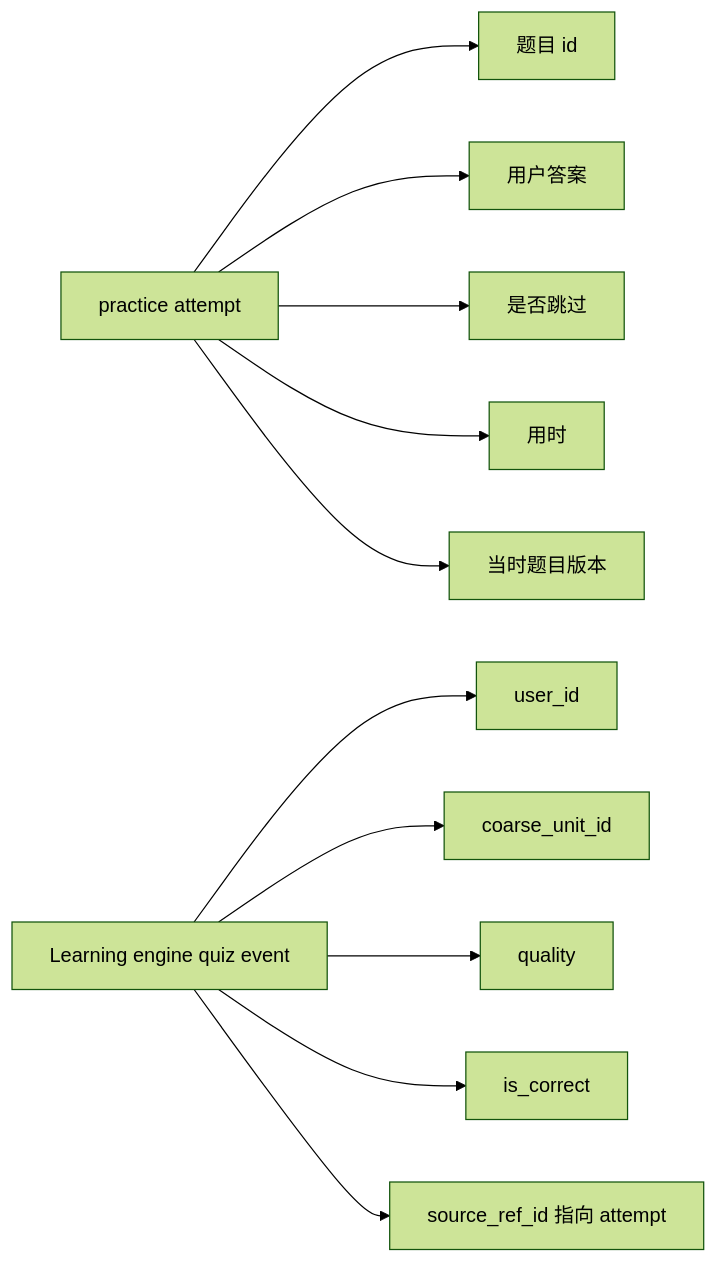
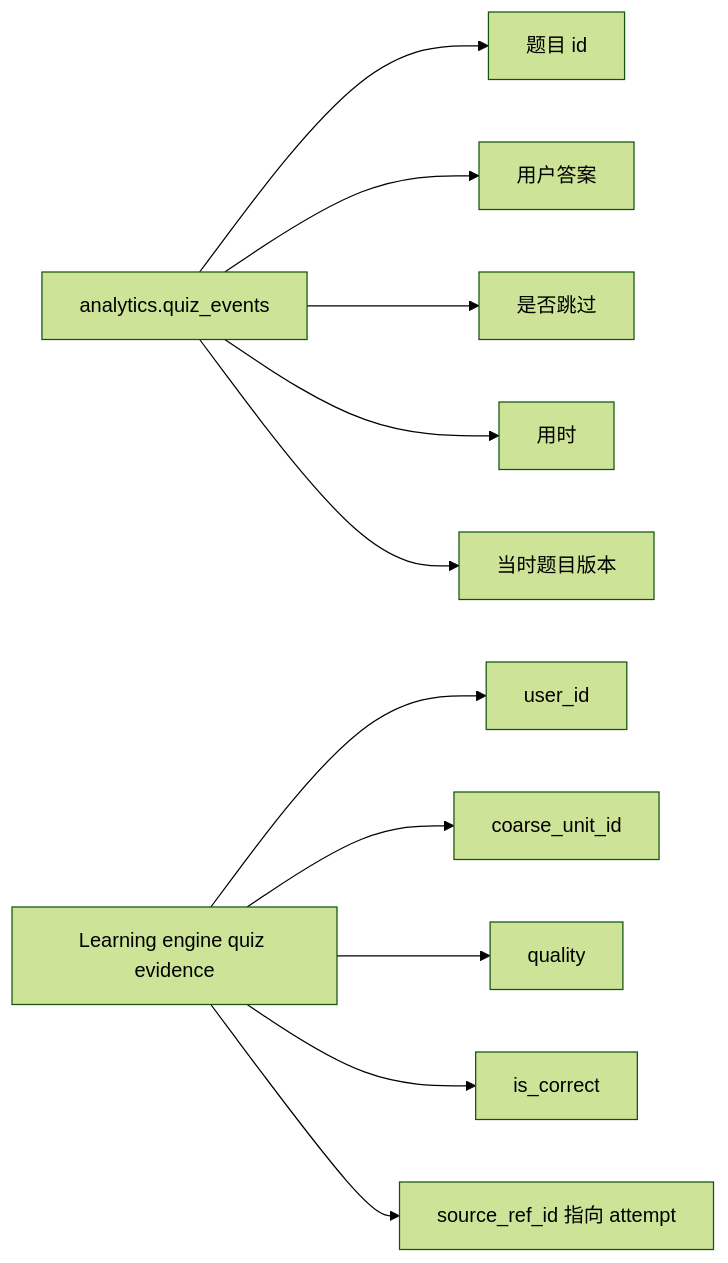
One commit to bionicotaku/learning-video-recommendation-system changed diagram 11 of 13 in docs/学习互动信号语义设计.md. Above: the diagram before and after it, drawn with Mermaid (forest theme). The commit also changed other lines of this file and 5 other files, not shown here.

````diff
--- a/docs/学习互动信号语义设计.md
+++ b/docs/学习互动信号语义设计.md
@@ -325,14 +515,14 @@
 ```mermaid
 flowchart LR
-    A["practice attempt"] --> A1["题目 id"]
+    A["analytics.quiz_events"] --> A1["题目 id"]
     A --> A2["用户答案"]
     A --> A3["是否跳过"]
     A --> A4["用时"]
     A --> A5["当时题目版本"]
 
-    B["Learning engine quiz event"] --> B1["user_id"]
+    B["Learning engine quiz evidence"] --> B1["user_id"]
     B --> B2["coarse_unit_id"]
     B --> B3["quality"]
     B --> B4["is_correct"]
     B --> B5["source_ref_id 指向 attempt"]
 ```
````
